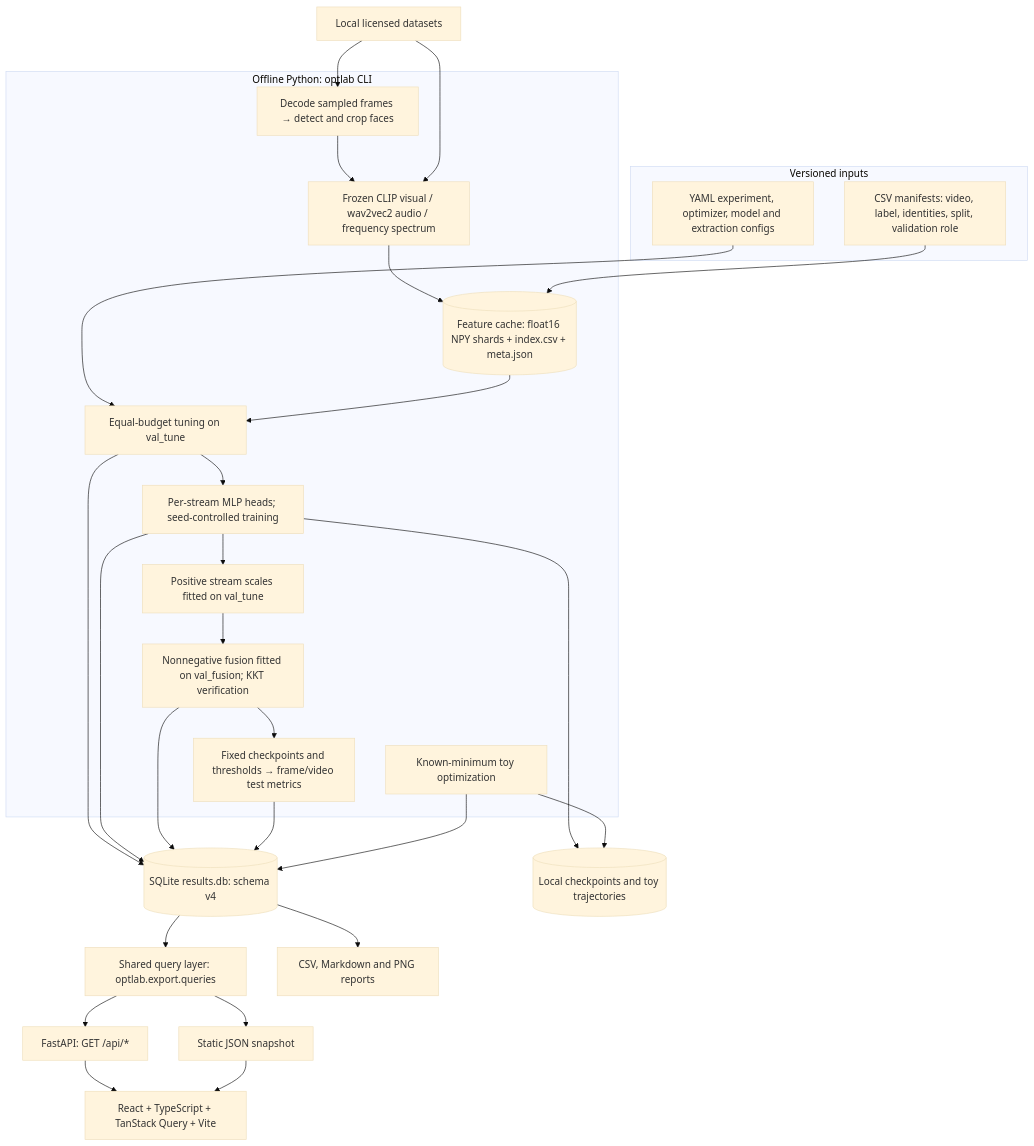
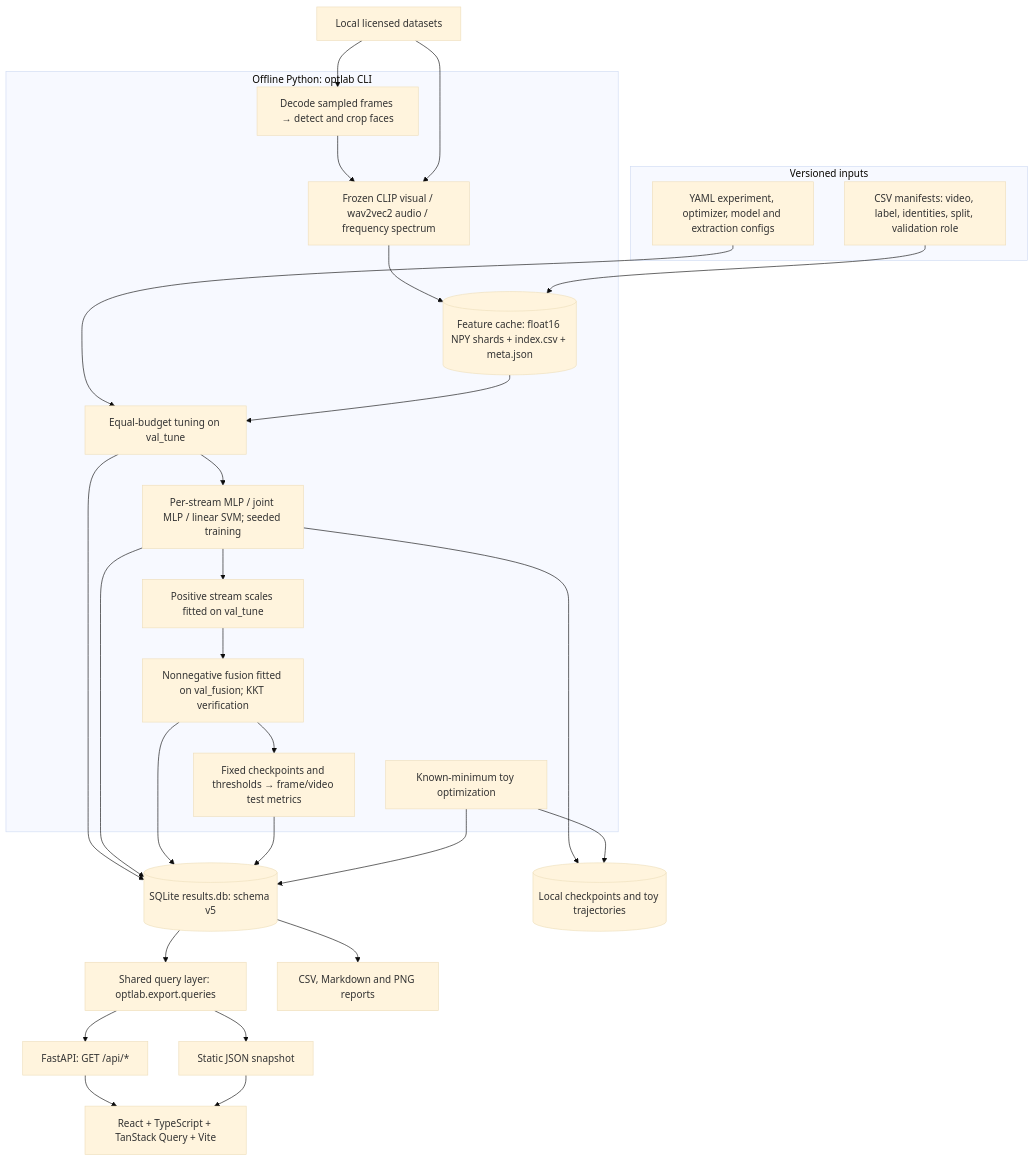
Before and after one commit to Aahan0605/cmai-project-: the first of 3 diagrams in docs/ARCHITECTURE.md, drawn with Mermaid (base theme). The commit also changed other lines of this file and 530 other files, not shown here.

Commit message:
Complete hybrid studies, joint heads, backbone ablation and local media demo

````diff
--- a/docs/ARCHITECTURE.md
+++ b/docs/ARCHITECTURE.md
@@ -13,42 +15,42 @@
 ```mermaid
 flowchart TB
     subgraph Inputs["Versioned inputs"]
         CFG["YAML experiment, optimizer, model and extraction configs"]
         MAN["CSV manifests: video, label, identities, split, validation role"]
     end
     DATA["Local licensed datasets"]
     subgraph Offline["Offline Python: optlab CLI"]
         PREP["Decode sampled frames → detect and crop faces"]
         EXT["Frozen CLIP visual / wav2vec2 audio / frequency spectrum"]
         CACHE[("Feature cache: float16 NPY shards + index.csv + meta.json")]
         TUNE["Equal-budget tuning on val_tune"]
-        TRAIN["Per-stream MLP heads; seed-controlled training"]
+        TRAIN["Per-stream MLP / joint MLP / linear SVM; seeded training"]
         CAL["Positive stream scales fitted on val_tune"]
         FUSE["Nonnegative fusion fitted on val_fusion; KKT verification"]
         EVAL["Fixed checkpoints and thresholds → frame/video test metrics"]
         TOY["Known-minimum toy optimization"]
     end
-    DB[("SQLite results.db: schema v4")]
+    DB[("SQLite results.db: schema v5")]
     ART[("Local checkpoints and toy trajectories")]
     Q["Shared query layer: optlab.export.queries"]
     API["FastAPI: GET /api/*"]
     SNAP["Static JSON snapshot"]
     WEB["React + TypeScript + TanStack Query + Vite"]
     REPORT["CSV, Markdown and PNG reports"]
     DATA --> PREP --> EXT --> CACHE
     DATA --> EXT
     CFG --> TUNE
     MAN --> CACHE
     CACHE --> TUNE --> TRAIN --> CAL --> FUSE --> EVAL
     TRAIN --> ART
     TOY --> ART
     TUNE --> DB
     TRAIN --> DB
     FUSE --> DB
     EVAL --> DB
     TOY --> DB
     DB --> Q
     Q --> API --> WEB
     Q --> SNAP --> WEB
     DB --> REPORT
 ```
````
